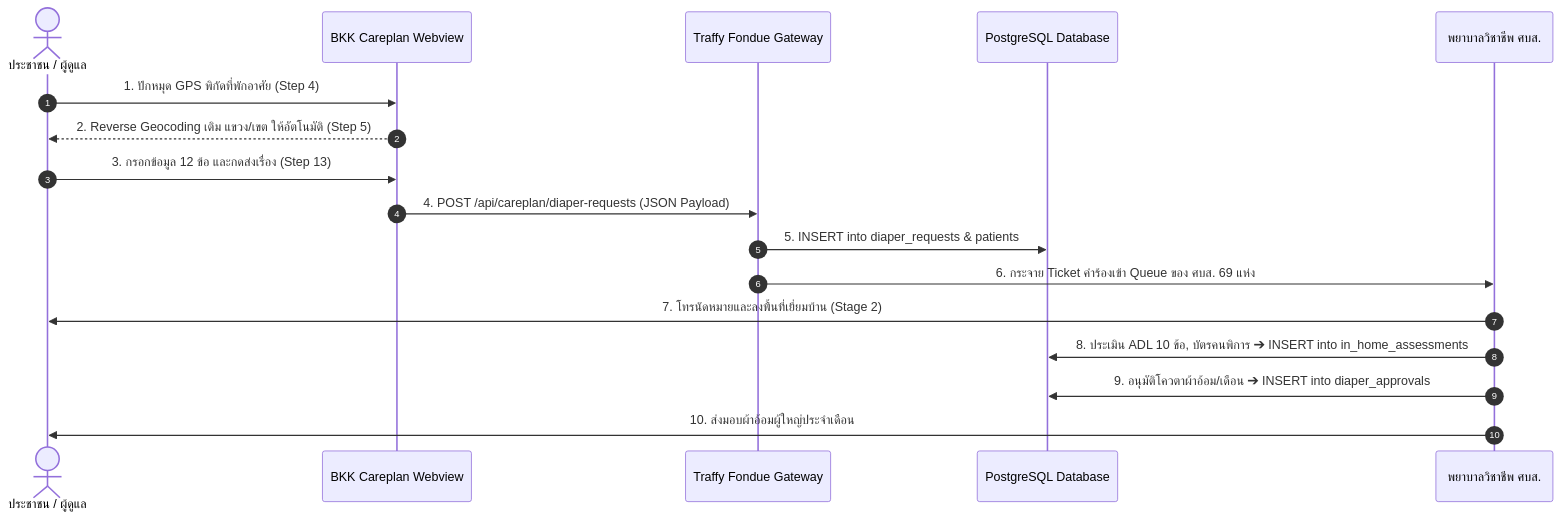
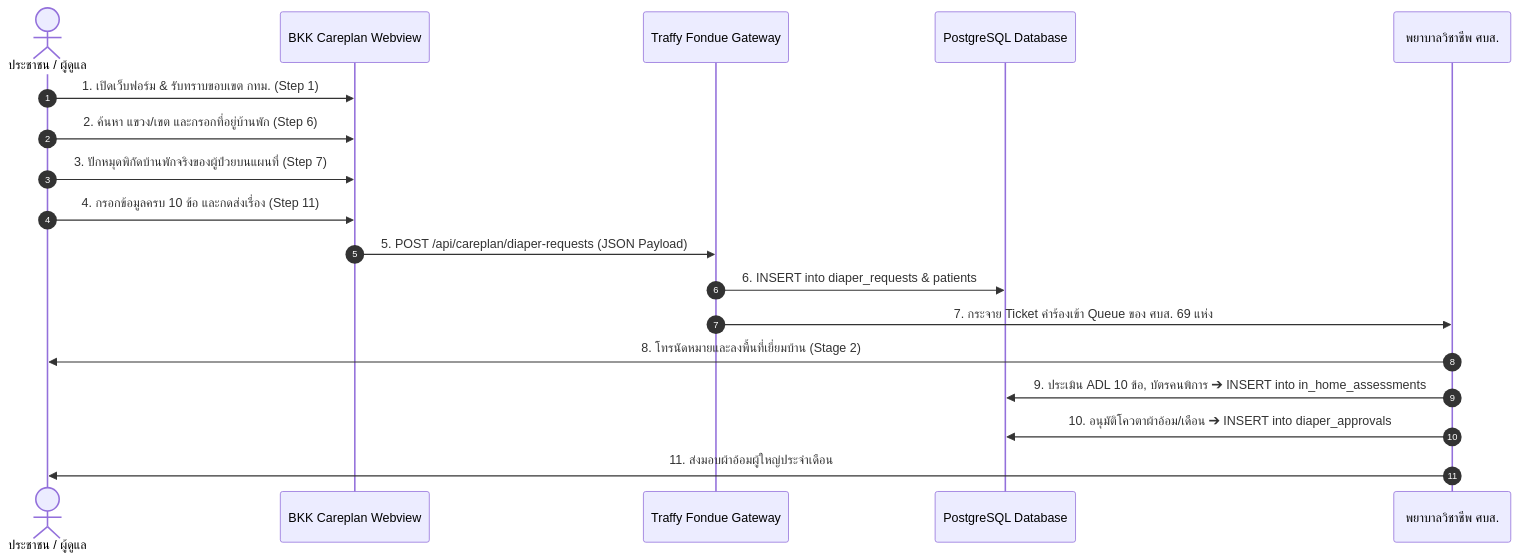
One commit to traffy-nectec/bkk-careplan changed the first of 2 diagrams in README.md. Above: the diagram before and after it, drawn with Mermaid. The commit also changed other lines of this file and 7 other files, not shown here.

Commit message:
feat(liff): optimize UX flow with BKK notice, reordered address/map steps, and clear patient home pin instructions

````diff
--- a/README.md
+++ b/README.md
@@ -14,20 +14,21 @@
 ```mermaid
 sequenceDiagram
     autonumber
     actor User as ประชาชน / ผู้ดูแล
     participant Webview as BKK Careplan Webview
     participant API as Traffy Fondue Gateway
     participant DB as PostgreSQL Database
     participant Nurse as พยาบาลวิชาชีพ ศบส.
 
-    User->>Webview: 1. ปักหมุด GPS พิกัดที่พักอาศัย (Step 4)
-    Webview-->>User: 2. Reverse Geocoding เติม แขวง/เขต ให้อัตโนมัติ (Step 5)
-    User->>Webview: 3. กรอกข้อมูล 12 ข้อ และกดส่งเรื่อง (Step 13)
-    Webview->>API: 4. POST /api/careplan/diaper-requests (JSON Payload)
-    API->>DB: 5. INSERT into diaper_requests & patients
-    API->>Nurse: 6. กระจาย Ticket คำร้องเข้า Queue ของ ศบส. 69 แห่ง
-    Nurse->>User: 7. โทรนัดหมายและลงพื้นที่เยี่ยมบ้าน (Stage 2)
-    Nurse->>DB: 8. ประเมิน ADL 10 ข้อ, บัตรคนพิการ ➔ INSERT into in_home_assessments
-    Nurse->>DB: 9. อนุมัติโควตาผ้าอ้อม/เดือน ➔ INSERT into diaper_approvals
-    Nurse->>User: 10. ส่งมอบผ้าอ้อมผู้ใหญ่ประจำเดือน
+    User->>Webview: 1. เปิดเว็บฟอร์ม & รับทราบขอบเขต กทม. (Step 1)
+    User->>Webview: 2. ค้นหา แขวง/เขต และกรอกที่อยู่บ้านพัก (Step 6)
+    User->>Webview: 3. ปักหมุดพิกัดบ้านพักจริงของผู้ป่วยบนแผนที่ (Step 7)
+    User->>Webview: 4. กรอกข้อมูลครบ 10 ข้อ และกดส่งเรื่อง (Step 11)
+    Webview->>API: 5. POST /api/careplan/diaper-requests (JSON Payload)
+    API->>DB: 6. INSERT into diaper_requests & patients
+    API->>Nurse: 7. กระจาย Ticket คำร้องเข้า Queue ของ ศบส. 69 แห่ง
+    Nurse->>User: 8. โทรนัดหมายและลงพื้นที่เยี่ยมบ้าน (Stage 2)
+    Nurse->>DB: 9. ประเมิน ADL 10 ข้อ, บัตรคนพิการ ➔ INSERT into in_home_assessments
+    Nurse->>DB: 10. อนุมัติโควตาผ้าอ้อม/เดือน ➔ INSERT into diaper_approvals
+    Nurse->>User: 11. ส่งมอบผ้าอ้อมผู้ใหญ่ประจำเดือน
 ```
````
